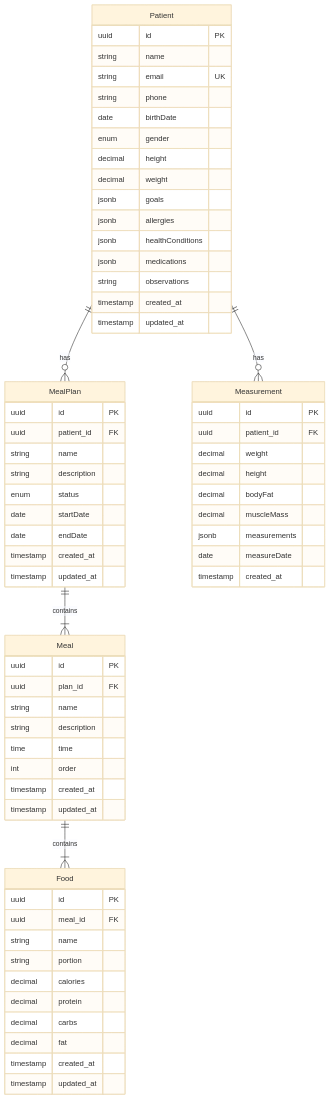
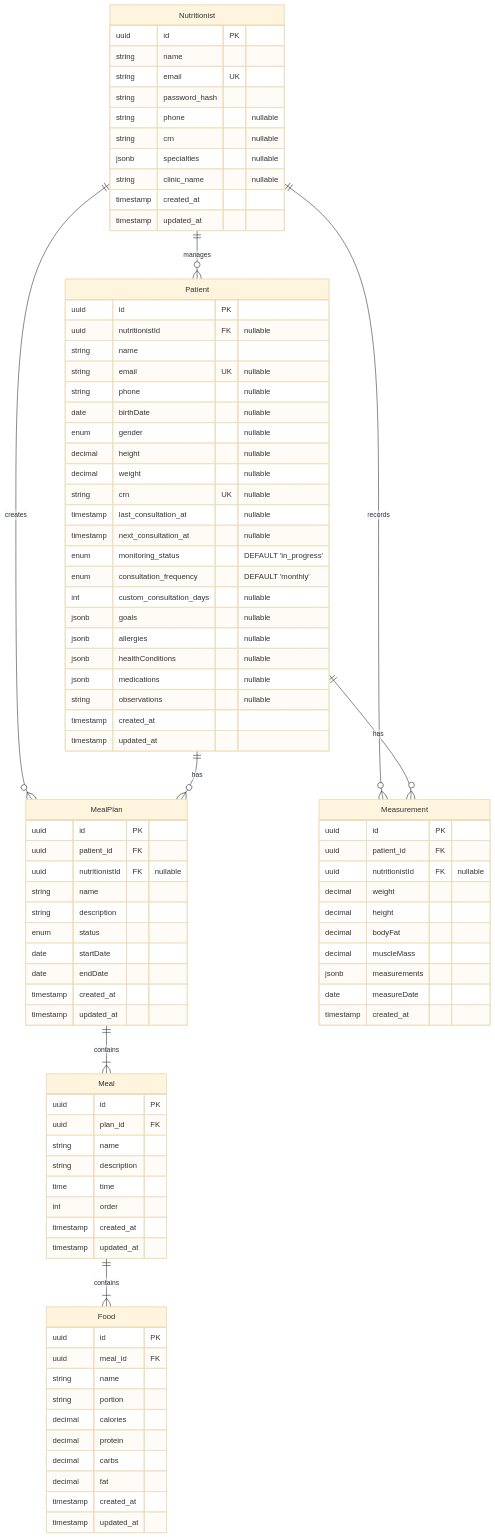
The diagram in DATABASE.md (danielbcarvalho/smart-nutri), drawn with Mermaid (base theme) before and after one commit. The commit also changed other lines of this file and 117 other files, not shown here.

````diff
--- a/DATABASE.md
+++ b/DATABASE.md
@@ -7,24 +7,47 @@
 ```mermaid
 erDiagram
+    Nutritionist ||--o{ Patient : manages
+    Nutritionist ||--o{ MealPlan : creates
+    Nutritionist ||--o{ Measurement : records
     Patient ||--o{ MealPlan : has
     Patient ||--o{ Measurement : has
     MealPlan ||--|{ Meal : contains
     Meal ||--|{ Food : contains
 
-    Patient {
+    Nutritionist {
         uuid id PK
         string name
         string email UK
-        string phone
-        date birthDate
-        enum gender
-        decimal height
-        decimal weight
-        jsonb goals
-        jsonb allergies
-        jsonb healthConditions
-        jsonb medications
-        string observations
+        string password_hash
+        string phone "nullable"
+        string crn "nullable"
+        jsonb specialties "nullable"
+        string clinic_name "nullable"
+        timestamp created_at
+        timestamp updated_at
+    }
+
+    Patient {
+        uuid id PK
+        uuid nutritionistId FK "nullable"
+        string name
+        string email UK "nullable"
+        string phone "nullable"
+        date birthDate "nullable"
+        enum gender "nullable"
+        decimal height "nullable"
+        decimal weight "nullable"
+        string crn UK "nullable"
+        timestamp last_consultation_at "nullable"
+        timestamp next_consultation_at "nullable"
+        enum monitoring_status "DEFAULT 'in_progress'"
+        enum consultation_frequency "DEFAULT 'monthly'"
+        int custom_consultation_days "nullable"
+        jsonb goals "nullable"
+        jsonb allergies "nullable"
+        jsonb healthConditions "nullable"
+        jsonb medications "nullable"
+        string observations "nullable"
         timestamp created_at
         timestamp updated_at
     }
@@ -32,6 +55,7 @@
     Measurement {
         uuid id PK
         uuid patient_id FK
+        uuid nutritionistId FK "nullable"
         decimal weight
         decimal height
         decimal bodyFat
@@ -44,6 +68,7 @@
     MealPlan {
         uuid id PK
         uuid patient_id FK
+        uuid nutritionistId FK "nullable"
         string name
         string description
         enum status
````
